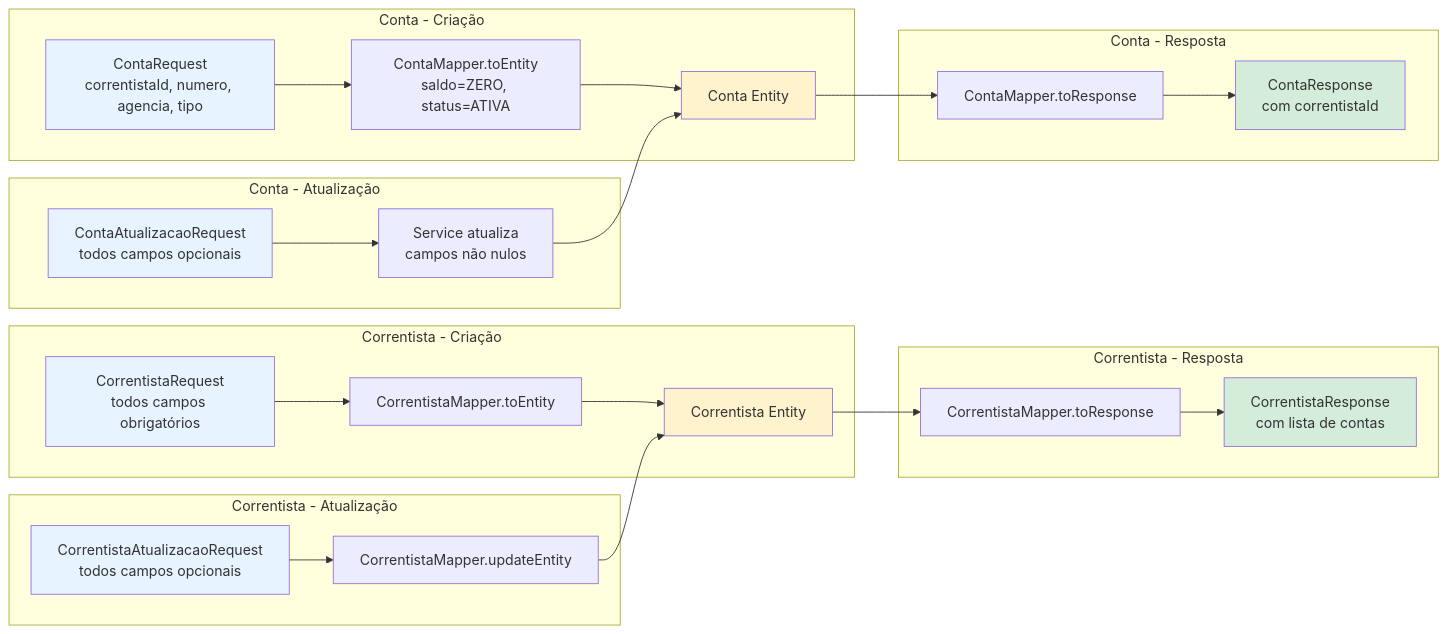
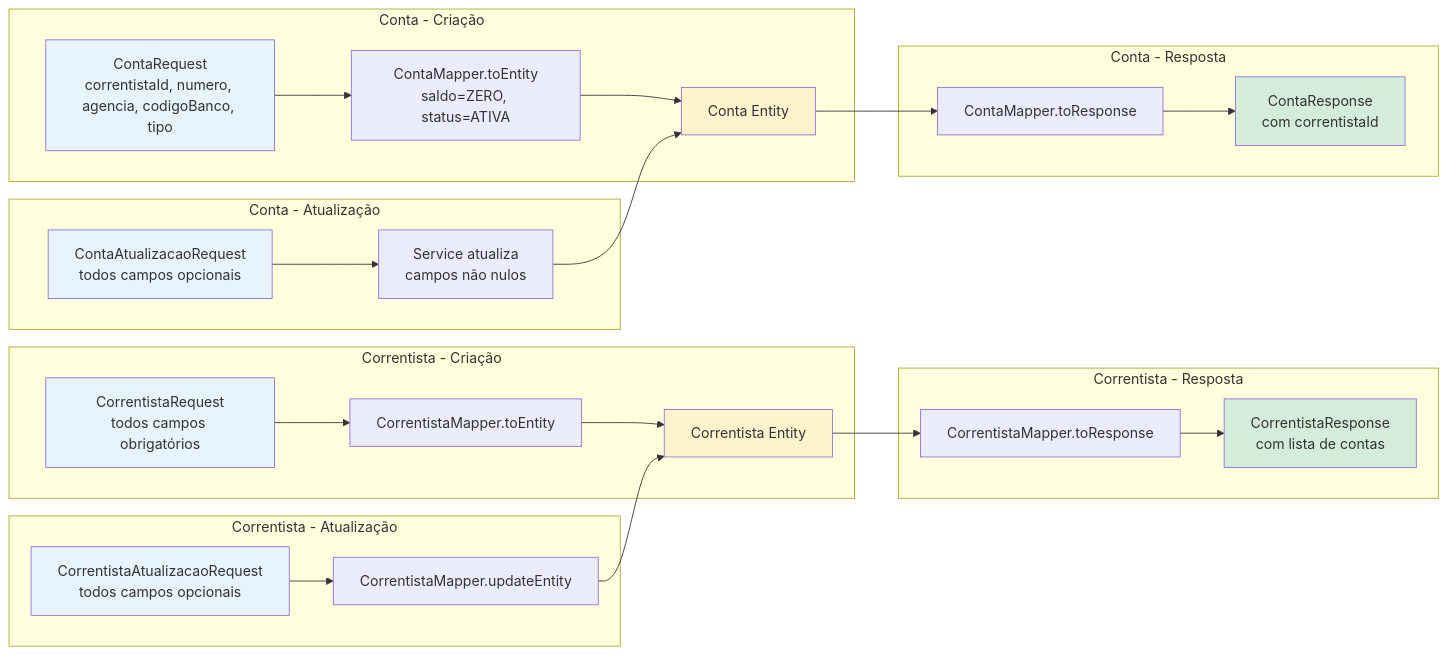
One commit to GeciaraBoava/teste-bv changed diagram 14 of 14 in fluxograma.md. Above: the diagram before and after it, drawn with Mermaid. The commit also changed other lines of this file and 14 other files, not shown here.

Commit message:
✨ feat :: [conta] :: adiciona número do banco

````diff
--- a/fluxograma.md
+++ b/fluxograma.md
@@ -502,41 +503,41 @@
 ```mermaid
 flowchart LR
     subgraph "Correntista - Criação"
         CR1[CorrentistaRequest<br/>todos campos obrigatórios] --> CM1[CorrentistaMapper.toEntity]
         CM1 --> CE[Correntista Entity]
     end
 
     subgraph "Correntista - Atualização"
         CRU[CorrentistaAtualizacaoRequest<br/>todos campos opcionais] --> CMU[CorrentistaMapper.updateEntity]
         CMU --> CE
     end
 
     subgraph "Correntista - Resposta"
         CE --> CM2[CorrentistaMapper.toResponse]
         CM2 --> CR2[CorrentistaResponse<br/>com lista de contas]
     end
 
     subgraph "Conta - Criação"
-        CT1[ContaRequest<br/>correntistaId, numero, agencia, tipo] --> CTM1[ContaMapper.toEntity<br/>saldo=ZERO, status=ATIVA]
+        CT1[ContaRequest<br/>correntistaId, numero, agencia, codigoBanco, tipo] --> CTM1[ContaMapper.toEntity<br/>saldo=ZERO, status=ATIVA]
         CTM1 --> CTE[Conta Entity]
     end
 
     subgraph "Conta - Atualização"
         CTU[ContaAtualizacaoRequest<br/>todos campos opcionais] --> CTMU[Service atualiza<br/>campos não nulos]
         CTMU --> CTE
     end
 
     subgraph "Conta - Resposta"
         CTE --> CTM2[ContaMapper.toResponse]
         CTM2 --> CT2[ContaResponse<br/>com correntistaId]
     end
 
     style CR1 fill:#e7f3ff
     style CRU fill:#e7f3ff
     style CT1 fill:#e7f3ff
     style CTU fill:#e7f3ff
     style CE fill:#fff3cd
     style CTE fill:#fff3cd
     style CR2 fill:#d4edda
     style CT2 fill:#d4edda
 ```
````
